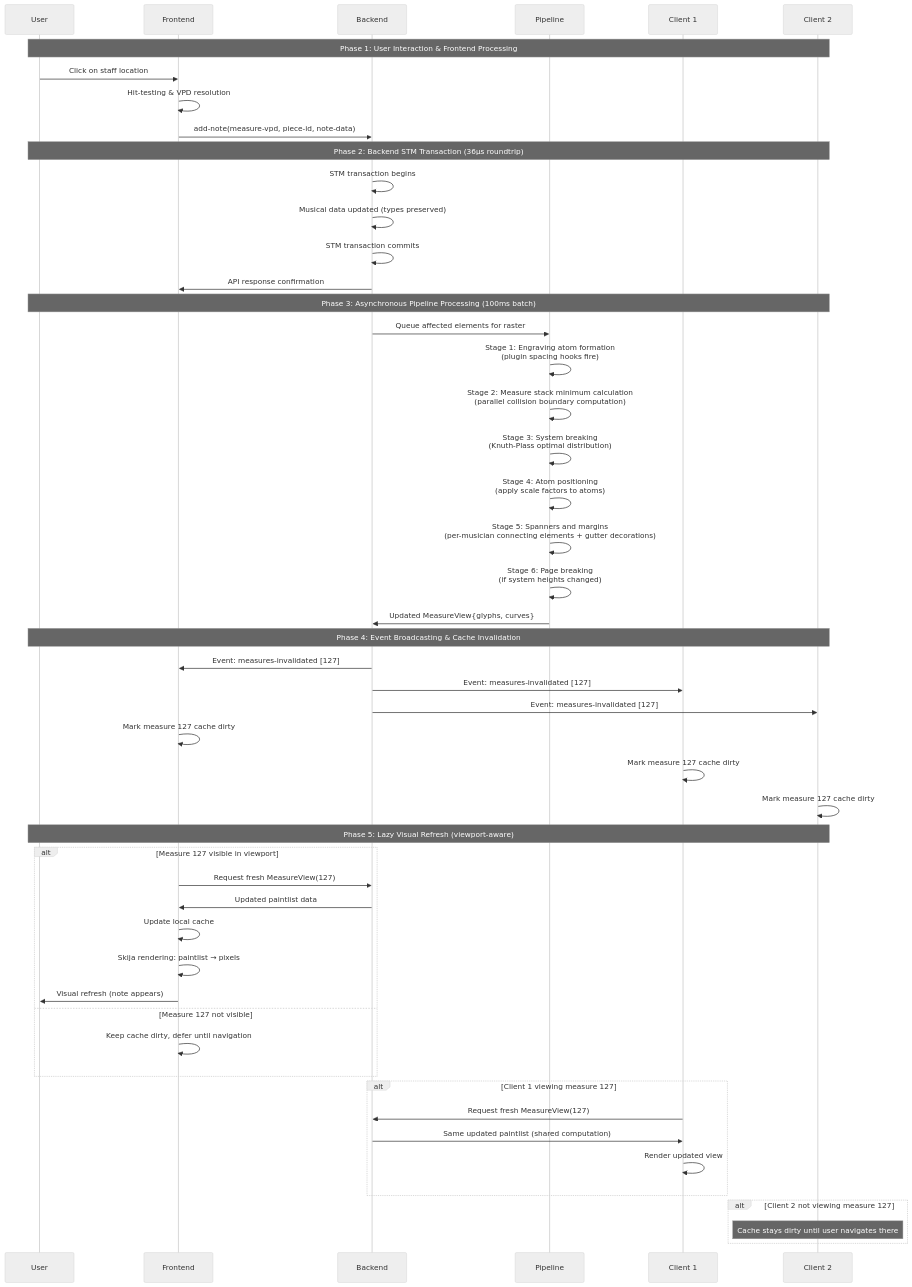
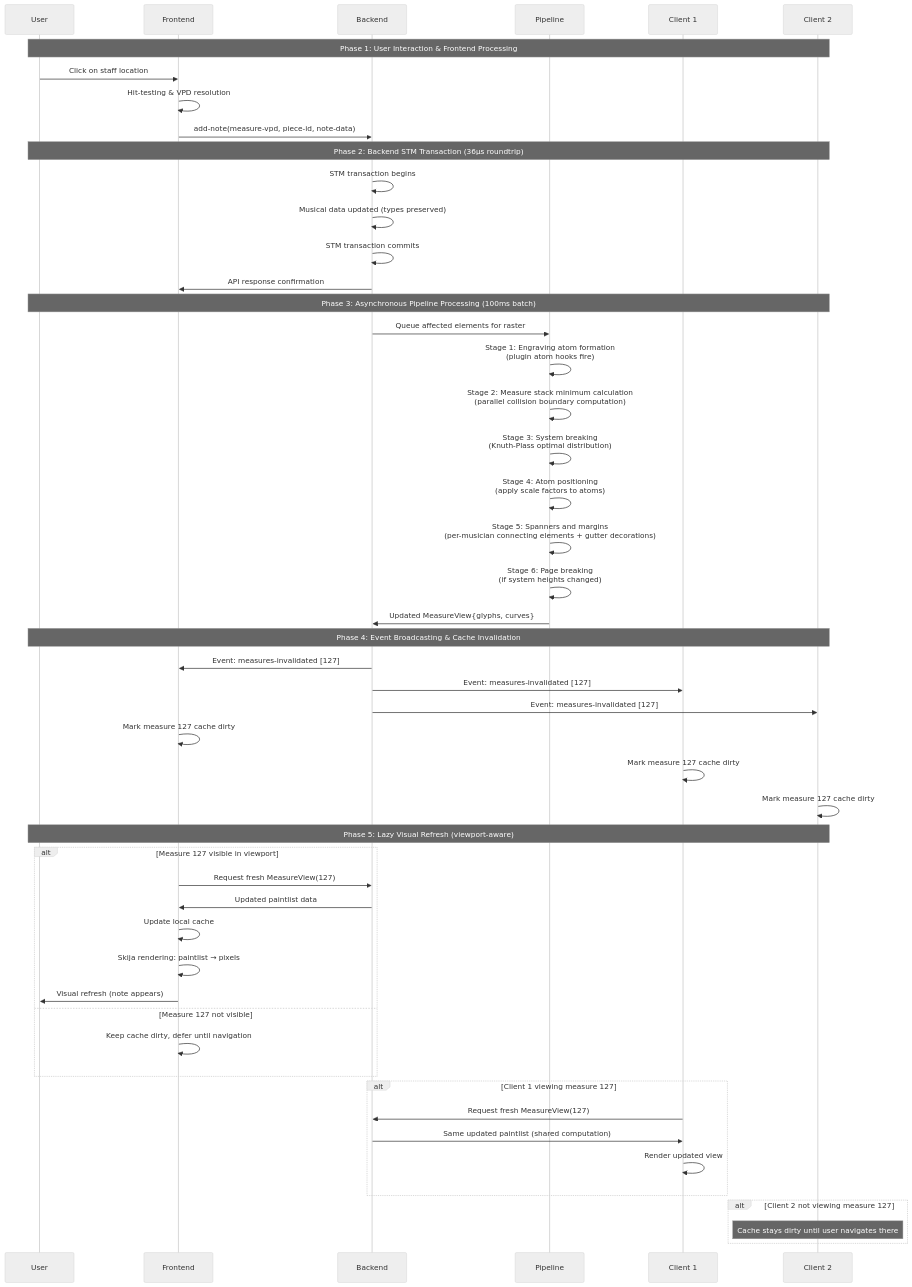
One commit to PeterBengtson/Ooloi-docs changed the third of 4 diagrams in ADRs/0028-Hierarchical-Rendering-Pipeline.md. Above: the diagram before and after it, drawn with Mermaid (neutral theme). The commit also changed other lines of this file, not shown here.

````diff
--- a/ADRs/0028-Hierarchical-Rendering-Pipeline.md
+++ b/ADRs/0028-Hierarchical-Rendering-Pipeline.md
@@ -450,60 +452,60 @@
 ```mermaid
 sequenceDiagram
     participant U as User
     participant F as Frontend
     participant B as Backend
     participant P as Pipeline
     participant C1 as Client 1
     participant C2 as Client 2
 
     Note over U,C2: Phase 1: User Interaction & Frontend Processing
     U->>F: Click on staff location
     F->>F: Hit-testing & VPD resolution
     F->>B: add-note(measure-vpd, piece-id, note-data)
 
     Note over U,C2: Phase 2: Backend STM Transaction (36μs roundtrip)
     B->>B: STM transaction begins
     B->>B: Musical data updated (types preserved)
     B->>B: STM transaction commits
     B->>F: API response confirmation
 
     Note over U,C2: Phase 3: Asynchronous Pipeline Processing (100ms batch)
     B->>P: Queue affected elements for raster
-    P->>P: Stage 1: Engraving atom formation<br/>(plugin spacing hooks fire)
+    P->>P: Stage 1: Engraving atom formation<br/>(plugin atom hooks fire)
     P->>P: Stage 2: Measure stack minimum calculation<br/>(parallel collision boundary computation)
     P->>P: Stage 3: System breaking<br/>(Knuth-Plass optimal distribution)
     P->>P: Stage 4: Atom positioning<br/>(apply scale factors to atoms)
     P->>P: Stage 5: Spanners and margins<br/>(per-musician connecting elements + gutter decorations)
     P->>P: Stage 6: Page breaking<br/>(if system heights changed)
     P->>B: Updated MeasureView{glyphs, curves}
 
     Note over U,C2: Phase 4: Event Broadcasting & Cache Invalidation
     B->>F: Event: measures-invalidated [127]
     B->>C1: Event: measures-invalidated [127]
     B->>C2: Event: measures-invalidated [127]
 
     F->>F: Mark measure 127 cache dirty
     C1->>C1: Mark measure 127 cache dirty
     C2->>C2: Mark measure 127 cache dirty
 
     Note over U,C2: Phase 5: Lazy Visual Refresh (viewport-aware)
     alt Measure 127 visible in viewport
         F->>B: Request fresh MeasureView(127)
         B->>F: Updated paintlist data
         F->>F: Update local cache
         F->>F: Skija rendering: paintlist → pixels
         F->>U: Visual refresh (note appears)
     else Measure 127 not visible
         F->>F: Keep cache dirty, defer until navigation
     end
 
     alt Client 1 viewing measure 127
         C1->>B: Request fresh MeasureView(127)
         B->>C1: Same updated paintlist (shared computation)
         C1->>C1: Render updated view
     end
 
     alt Client 2 not viewing measure 127
         Note over C2: Cache stays dirty until user navigates there
     end
 ```
````
